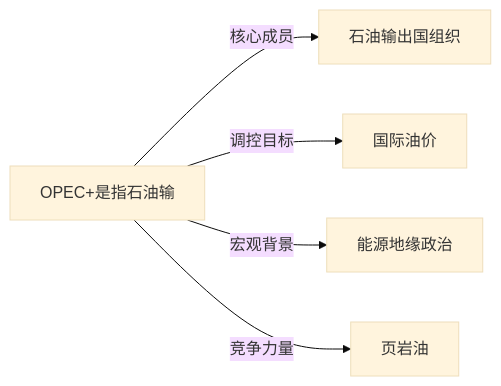
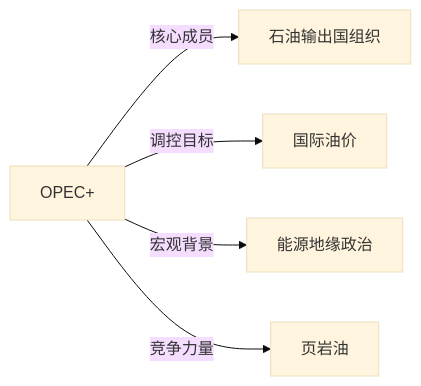
Before and after one commit to KIMMCHOW/MyKnowledge: the diagram in Knowledge/Concepts/经济/OPEC+.md, drawn with Mermaid (base theme). The commit also changed 96 other files, not shown here.

Commit message:
fix: 修复概念页关系图节点并补齐缺失关联

````diff
--- a/Knowledge/Concepts/经济/OPEC+.md
+++ b/Knowledge/Concepts/经济/OPEC+.md
@@ -43,7 +43,7 @@
 ```mermaid
 graph LR
-    OPEC+是指石油输 -->|核心成员| 石油输出国组织
-    OPEC+是指石油输 -->|调控目标| 国际油价
-    OPEC+是指石油输 -->|宏观背景| 能源地缘政治
-    OPEC+是指石油输 -->|竞争力量| 页岩油
+OPEC+ -->|核心成员| 石油输出国组织
+OPEC+ -->|调控目标| 国际油价
+OPEC+ -->|宏观背景| 能源地缘政治
+OPEC+ -->|竞争力量| 页岩油
 ```
````
